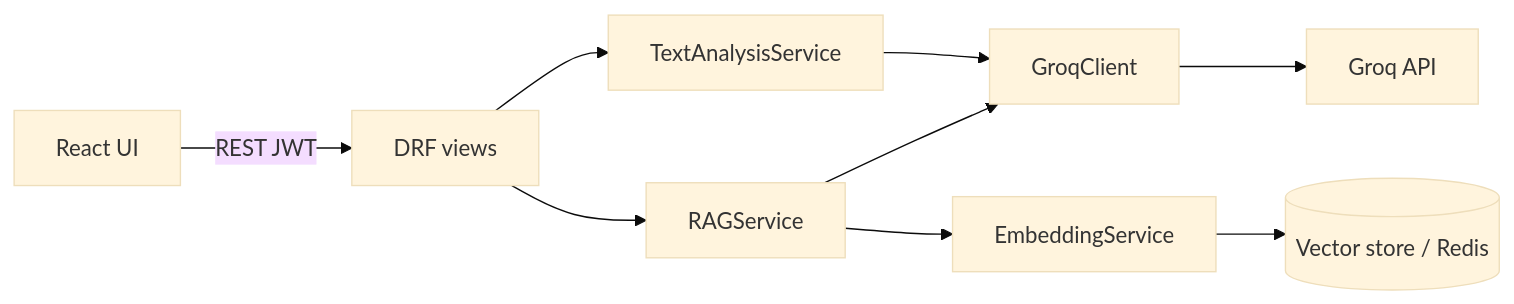
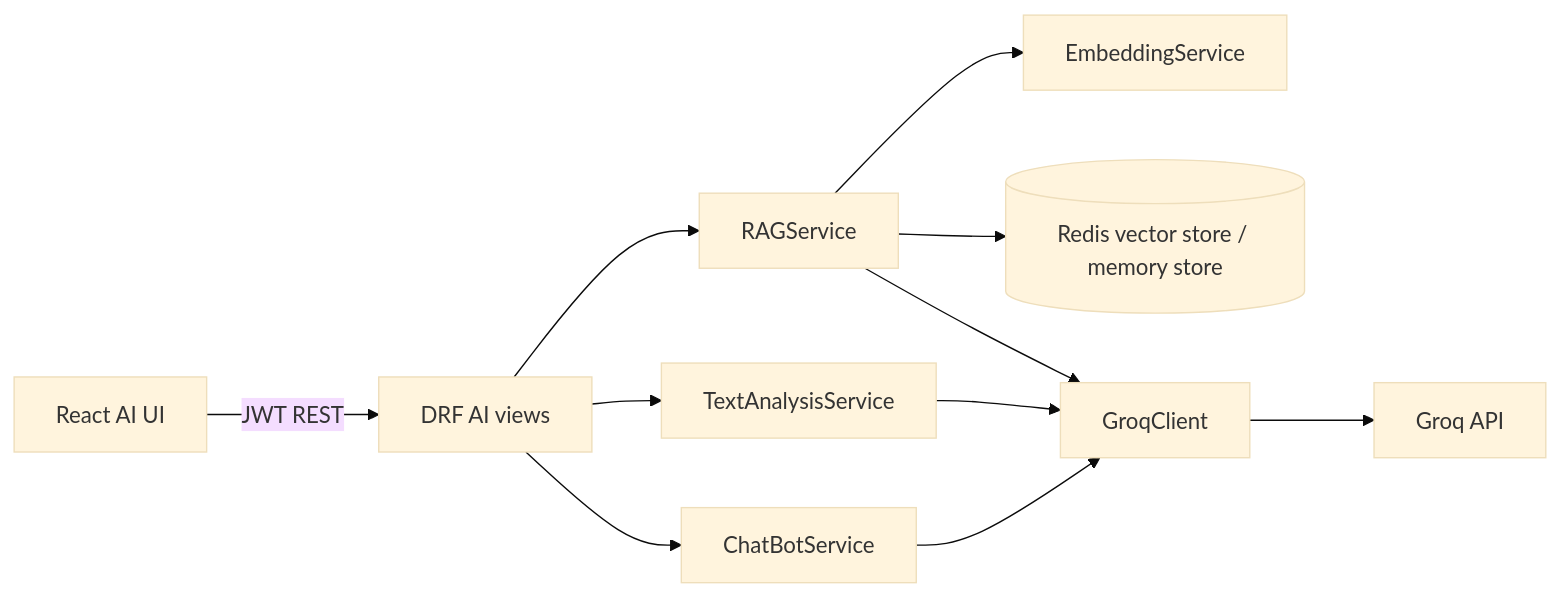
Before and after one commit to engjiosmani/collabai-project-management: the diagram in docs/ai-module.md, drawn with Mermaid (base theme). The commit also changed other lines of this file and 7 other files, not shown here.

````diff
--- a/docs/ai-module.md
+++ b/docs/ai-module.md
@@ -7,11 +9,13 @@
 ```mermaid
 flowchart LR
-    FE[React UI] -->|REST JWT| API[DRF views]
+    FE[React AI UI] -->|JWT REST| API[DRF AI views]
+    API --> Chat[ChatBotService]
+    API --> TA[TextAnalysisService]
     API --> RAG[RAGService]
-    API --> TA[TextAnalysisService]
-    RAG --> LLM[GroqClient]
+    RAG --> EMB[EmbeddingService]
+    RAG --> VS[(Redis vector store / memory store)]
+    Chat --> LLM[GroqClient]
     TA --> LLM
-    RAG --> EMB[EmbeddingService]
-    EMB --> VS[(Vector store / Redis)]
+    RAG --> LLM
     LLM --> GROQ[Groq API]
 ```
````
